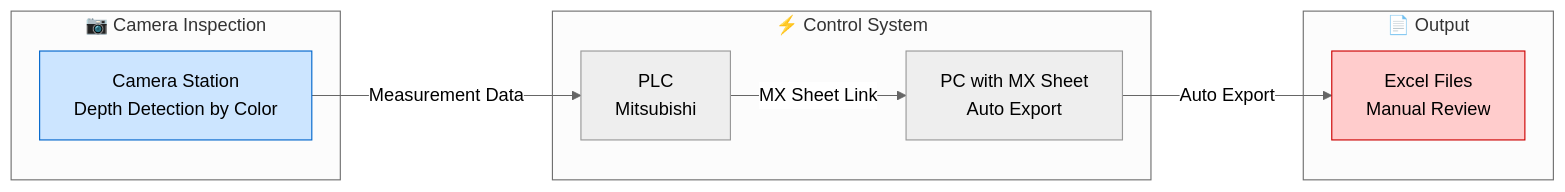
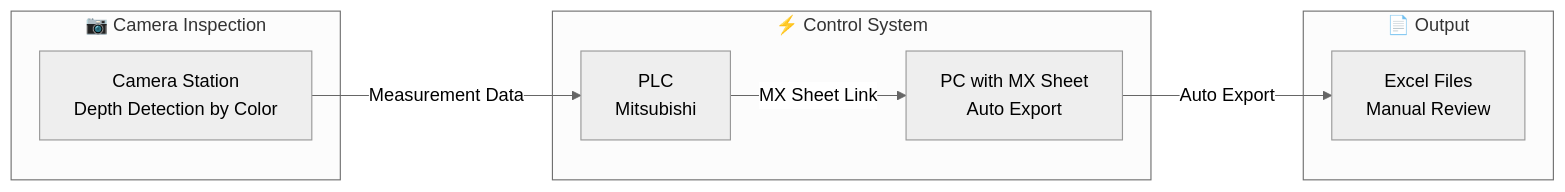
Before and after one commit to KSangmuang/SPC-Dashboard: the first of 12 diagrams in README.md, drawn with Mermaid (neutral theme). The commit also changed other lines of this file, not shown here.

````diff
--- a/README.md
+++ b/README.md
@@ -48,22 +48,19 @@
 ```mermaid
 flowchart LR
     subgraph INSPECTION["📷 Camera Inspection"]
         CAM[Camera Station<br/>Depth Detection by Color]
     end
     
     subgraph CONTROL["⚡ Control System"]
         PLC[PLC<br/>Mitsubishi]
         PC[PC with MX Sheet<br/>Auto Export]
     end
     
     subgraph OUTPUT["📄 Output"]
         EXCEL[Excel Files<br/>Manual Review]
     end
     
     CAM -->|Measurement Data| PLC
     PLC -->|MX Sheet Link| PC
     PC -->|Auto Export| EXCEL
-    
-    style EXCEL fill:#ffcccc,stroke:#cc0000
-    style CAM fill:#cce5ff,stroke:#0066cc
 ```
````
